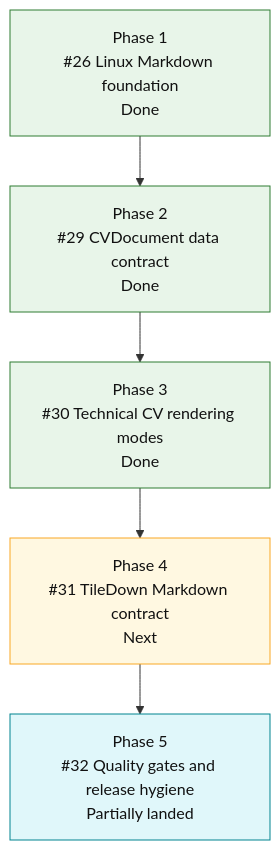
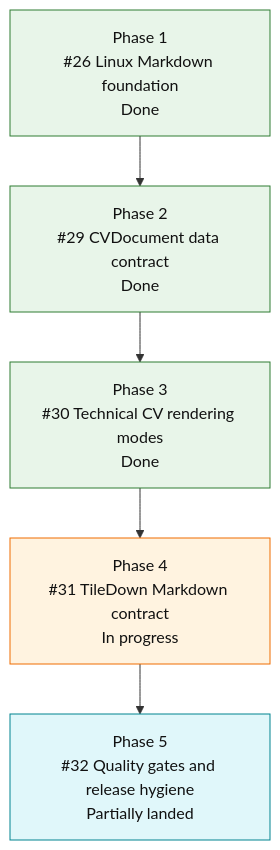
The diagram in README.md (mihaelamj/cvbuilder), drawn with Mermaid before and after one commit. The commit also changed other lines of this file and 8 other files, not shown here.

Commit message:
feat(tiledown): harden markdown contract

````diff
--- a/README.md
+++ b/README.md
@@ -145,18 +150,19 @@
 ```mermaid
 flowchart TD
     P1["Phase 1<br/>#26 Linux Markdown foundation<br/>Done"]
     P2["Phase 2<br/>#29 CVDocument data contract<br/>Done"]
     P3["Phase 3<br/>#30 Technical CV rendering modes<br/>Done"]
-    P4["Phase 4<br/>#31 TileDown Markdown contract<br/>Next"]
+    P4["Phase 4<br/>#31 TileDown Markdown contract<br/>In progress"]
     P5["Phase 5<br/>#32 Quality gates and release hygiene<br/>Partially landed"]
 
     P1 --> P2 --> P3 --> P4 --> P5
 
     classDef done fill:#e8f5e9,stroke:#2e7d32,color:#111;
+    classDef active fill:#fff3e0,stroke:#ef6c00,color:#111;
     classDef next fill:#fff8e1,stroke:#f9a825,color:#111;
     classDef partial fill:#e0f7fa,stroke:#00838f,color:#111;
     classDef todo fill:#eef3ff,stroke:#3367d6,color:#111;
     class P1,P2,P3 done;
-    class P4 next;
+    class P4 active;
     class P5 partial;
 ```
````
